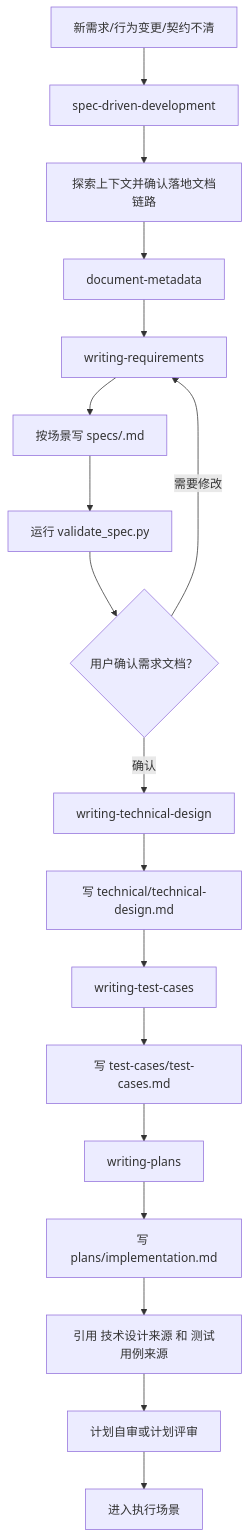
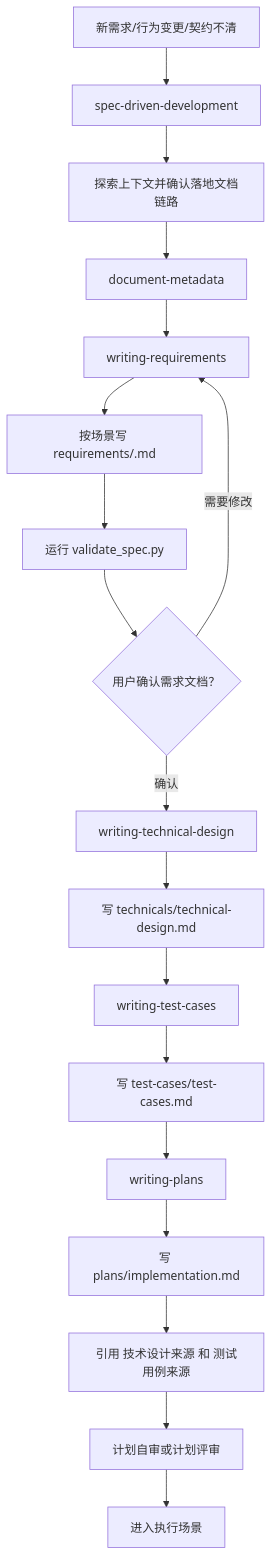
Before and after one commit to Vincen-dev/coding-plugins: the third of 11 diagrams in docs/workflow-chain.md, drawn with Mermaid. The commit also changed other lines of this file and 113 other files, not shown here.

````diff
--- a/docs/workflow-chain.md
+++ b/docs/workflow-chain.md
@@ -186,20 +186,20 @@
 ```mermaid
 flowchart TD
   A["新需求/行为变更/契约不清"] --> B["spec-driven-development"]
   B --> C["探索上下文并确认落地文档链路"]
   C --> META["document-metadata"]
   META --> D["writing-requirements"]
-  D --> E["按场景写 specs/<spec-kind>.md"]
+  D --> E["按场景写 requirements/<spec-kind>.md"]
   E --> F["运行 validate_spec.py"]
   F --> G{"用户确认需求文档？"}
   G -->|需要修改| D
   G -->|确认| TD["writing-technical-design"]
-  TD --> H["写 technical/technical-design.md"]
+  TD --> H["写 technicals/technical-design.md"]
   H --> TC["writing-test-cases"]
   TC --> I["写 test-cases/test-cases.md"]
   I --> PLAN["writing-plans"]
   PLAN --> J["写 plans/implementation.md"]
   J --> K["引用 技术设计来源 和 测试用例来源"]
   K --> L["计划自审或计划评审"]
   L --> M["进入执行场景"]
 ```
````
